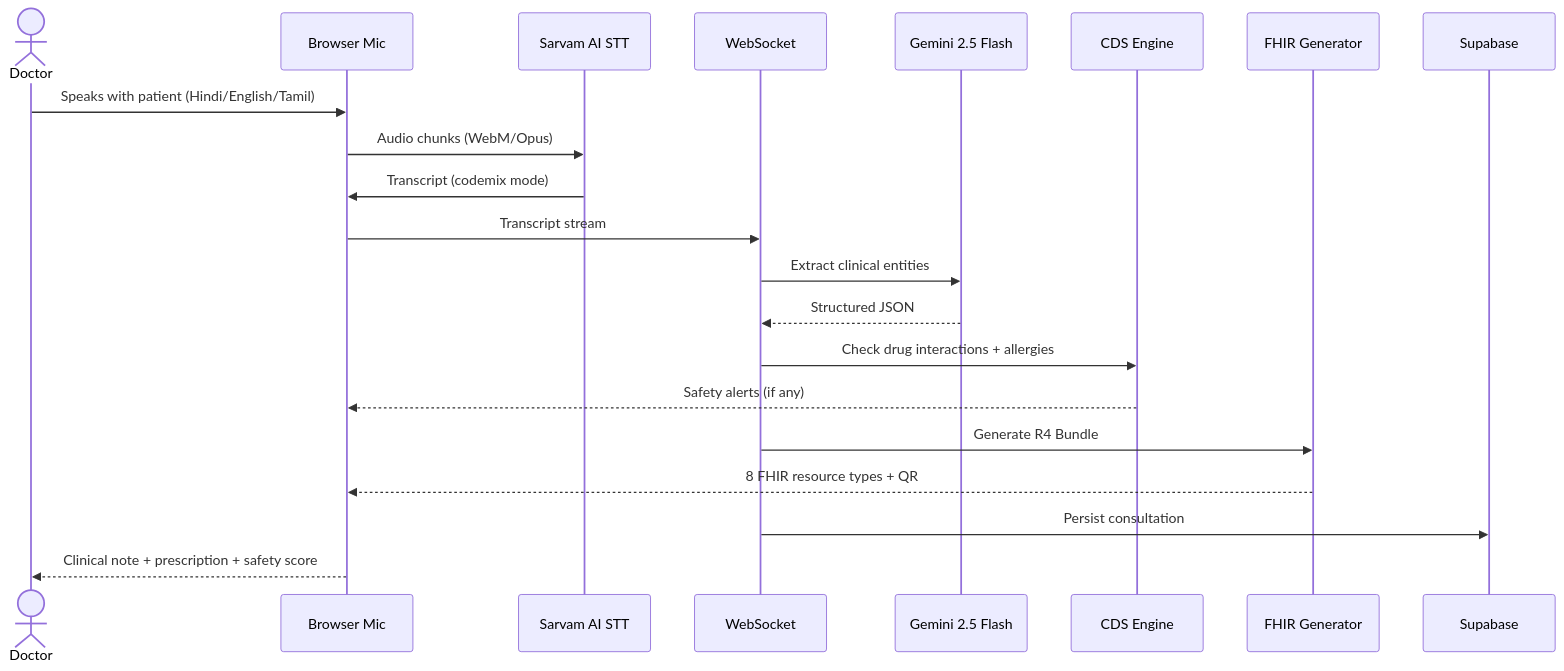
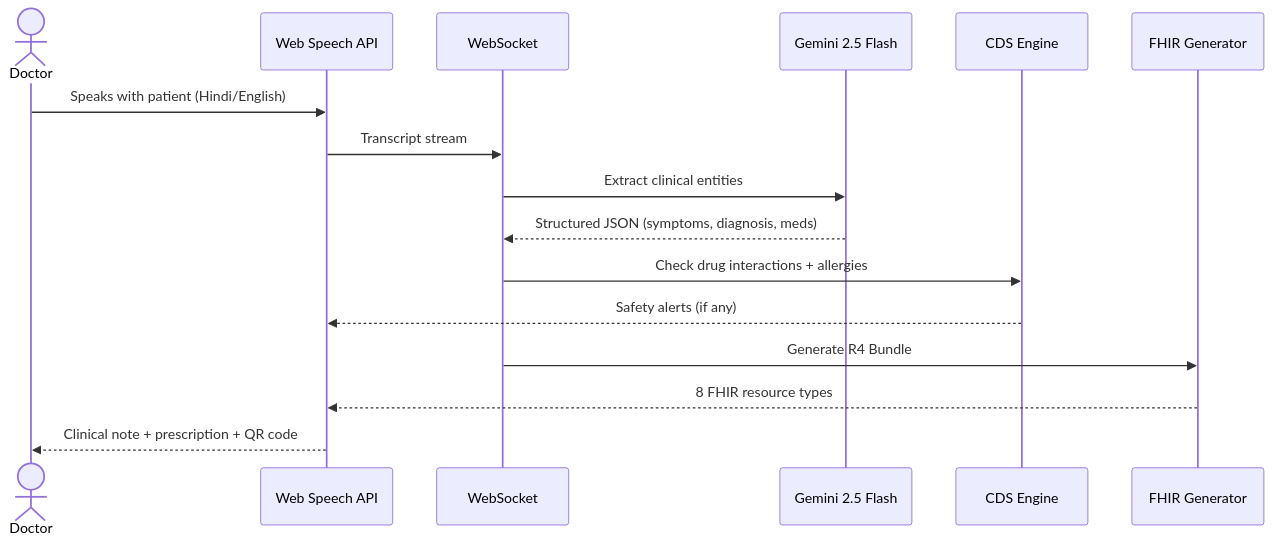
The second of 2 diagrams in README.md (Akasxh/medscribe-ai), drawn with Mermaid before and after one commit. The commit also changed other lines of this file and 52 other files, not shown here.

````diff
--- a/README.md
+++ b/README.md
@@ -199,24 +80,19 @@
 ```mermaid
 sequenceDiagram
     actor D as Doctor
-    participant B as Browser Mic
-    participant SAR as Sarvam AI STT
+    participant Browser as Web Speech API
     participant WS as WebSocket
-    participant G as Gemini 2.5 Flash
+    participant Gemini as Gemini 2.5 Flash
     participant CDS as CDS Engine
-    participant F as FHIR Generator
-    participant S as Supabase
+    participant FHIR as FHIR Generator
 
-    D->>B: Speaks with patient (Hindi/English/Tamil)
-    B->>SAR: Audio chunks (WebM/Opus)
-    SAR->>B: Transcript (codemix mode)
-    B->>WS: Transcript stream
-    WS->>G: Extract clinical entities
-    G-->>WS: Structured JSON
+    D->>Browser: Speaks with patient (Hindi/English)
+    Browser->>WS: Transcript stream
+    WS->>Gemini: Extract clinical entities
+    Gemini-->>WS: Structured JSON (symptoms, diagnosis, meds)
     WS->>CDS: Check drug interactions + allergies
-    CDS-->>B: Safety alerts (if any)
-    WS->>F: Generate R4 Bundle
-    F-->>B: 8 FHIR resource types + QR
-    WS->>S: Persist consultation
-    B-->>D: Clinical note + prescription + safety score
+    CDS-->>Browser: Safety alerts (if any)
+    WS->>FHIR: Generate R4 Bundle
+    FHIR-->>Browser: 8 FHIR resource types
+    Browser-->>D: Clinical note + prescription + QR code
 ```
````
